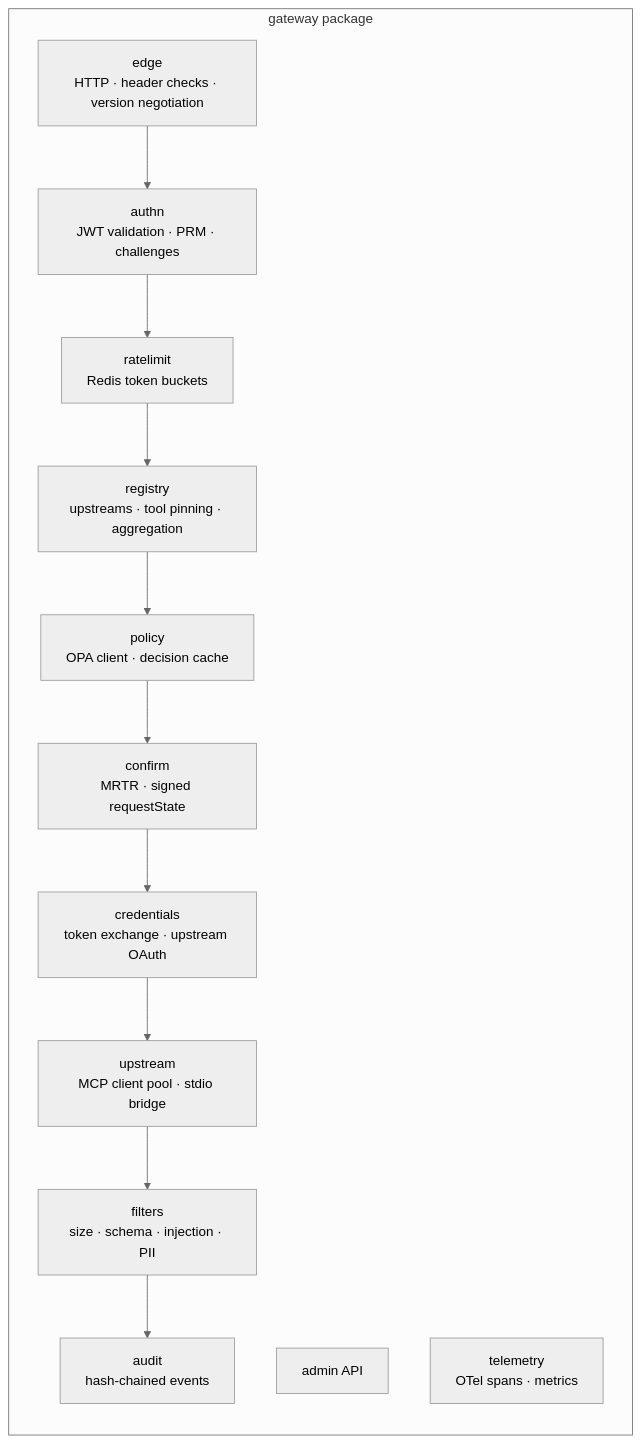
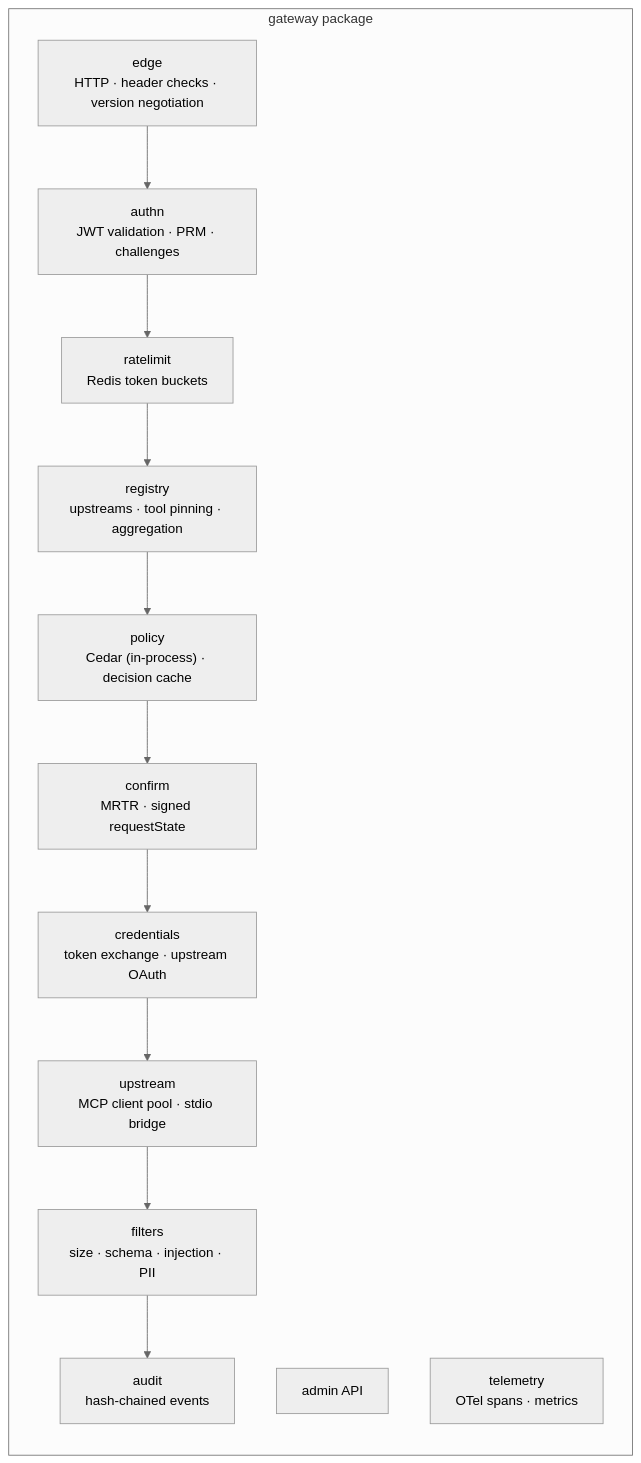
Before and after one commit to pRiMeXoMeGa/AI-Learning-Projects: the third of 10 diagrams in projects/02-mcp-hub/docs/02-architecture.md, drawn with Mermaid (neutral theme). The commit also changed other lines of this file and 31 other files, not shown here.

````diff
--- a/projects/02-mcp-hub/docs/02-architecture.md
+++ b/projects/02-mcp-hub/docs/02-architecture.md
@@ -112,19 +107,19 @@
 ```mermaid
 flowchart LR
     subgraph gateway["gateway package"]
         direction TB
         EDGE["edge<br/>HTTP · header checks · version negotiation"]
         AUTHN["authn<br/>JWT validation · PRM · challenges"]
         RL["ratelimit<br/>Redis token buckets"]
         REGY["registry<br/>upstreams · tool pinning · aggregation"]
-        POL["policy<br/>OPA client · decision cache"]
+        POL["policy<br/>Cedar (in-process) · decision cache"]
         CONF["confirm<br/>MRTR · signed requestState"]
         CRED["credentials<br/>token exchange · upstream OAuth"]
         UP["upstream<br/>MCP client pool · stdio bridge"]
         FIL["filters<br/>size · schema · injection · PII"]
         AUD["audit<br/>hash-chained events"]
         ADM["admin API"]
         OBS["telemetry<br/>OTel spans · metrics"]
     end
     EDGE --> AUTHN --> RL --> REGY --> POL --> CONF --> CRED --> UP --> FIL --> AUD
 ```
````
